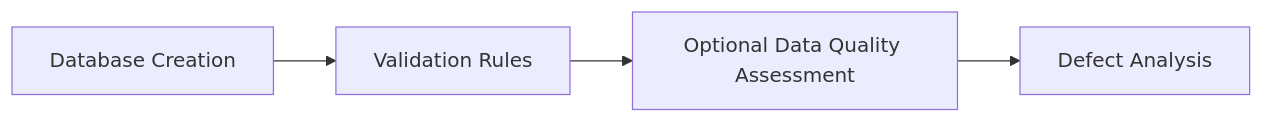
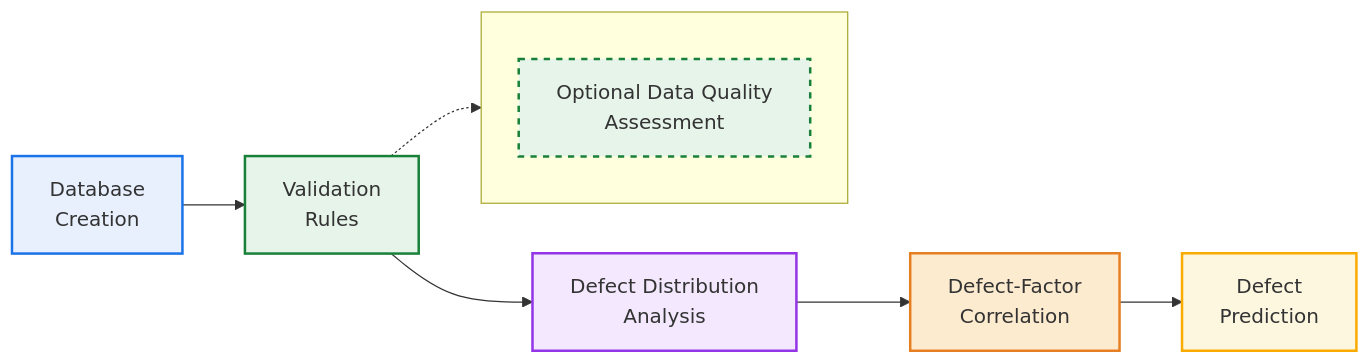
One commit to SewerDefectAnalysis/.github changed the diagram in profile/README.md. Above: the diagram before and after it, drawn with Mermaid.

````diff
--- a/profile/README.md
+++ b/profile/README.md
@@ -2,11 +2,33 @@
 ```mermaid
+%%{init: {'flowchart': {'nodeSpacing': 40, 'rankSpacing': 50}}}%%
 flowchart LR
-    A[Database Creation] --> B[Validation Rules]
-    B --> C[Optional Data Quality Assessment]
-    C --> D[Defect Analysis]
 
+    A[Database<br/>Creation]:::data --> B[Validation<br/>Rules]:::validation
+    B --> D[Defect Distribution<br/>Analysis]:::analysis
+    D --> E[Defect-Factor<br/>Correlation]:::analysisP2
+    E --> F[Defect<br/>Prediction]:::prediction
+
+    %% Optional branch BELOW
+    subgraph optional_branch[ ]
+        direction TB
+        C[Optional Data Quality<br/>Assessment]:::optional
+    end
+
+    B -.-> C
+
+    %% Click links
     click A "https://github.com/SewerDefectAnalysis/Database_Structure"
     click B "https://github.com/your-org/validation-repo"
     click C "https://github.com/your-org/quality-repo"
-    click D "https://github.com/your-org/analysis-repo"
+    click D "https://github.com/your-org/distribution-repo"
+    click E "https://github.com/your-org/correlation-repo"
+    click F "https://github.com/your-org/prediction-repo"
+
+    %% Styles
+    classDef data fill:#E8F0FE,stroke:#1A73E8,stroke-width:2px
+    classDef validation fill:#E6F4EA,stroke:#188038,stroke-width:2px
+    classDef analysis fill:#F3E8FD,stroke:#9334E6,stroke-width:2px
+    classDef analysisP2 fill:#FDEBD0,stroke:#E67E22,stroke-width:2px
+    classDef prediction fill:#FEF7E0,stroke:#F9AB00,stroke-width:2px
+    classDef optional fill:#E6F4EA,stroke:#188038,stroke-width:2px,stroke-dasharray: 5 5
 ```
````
